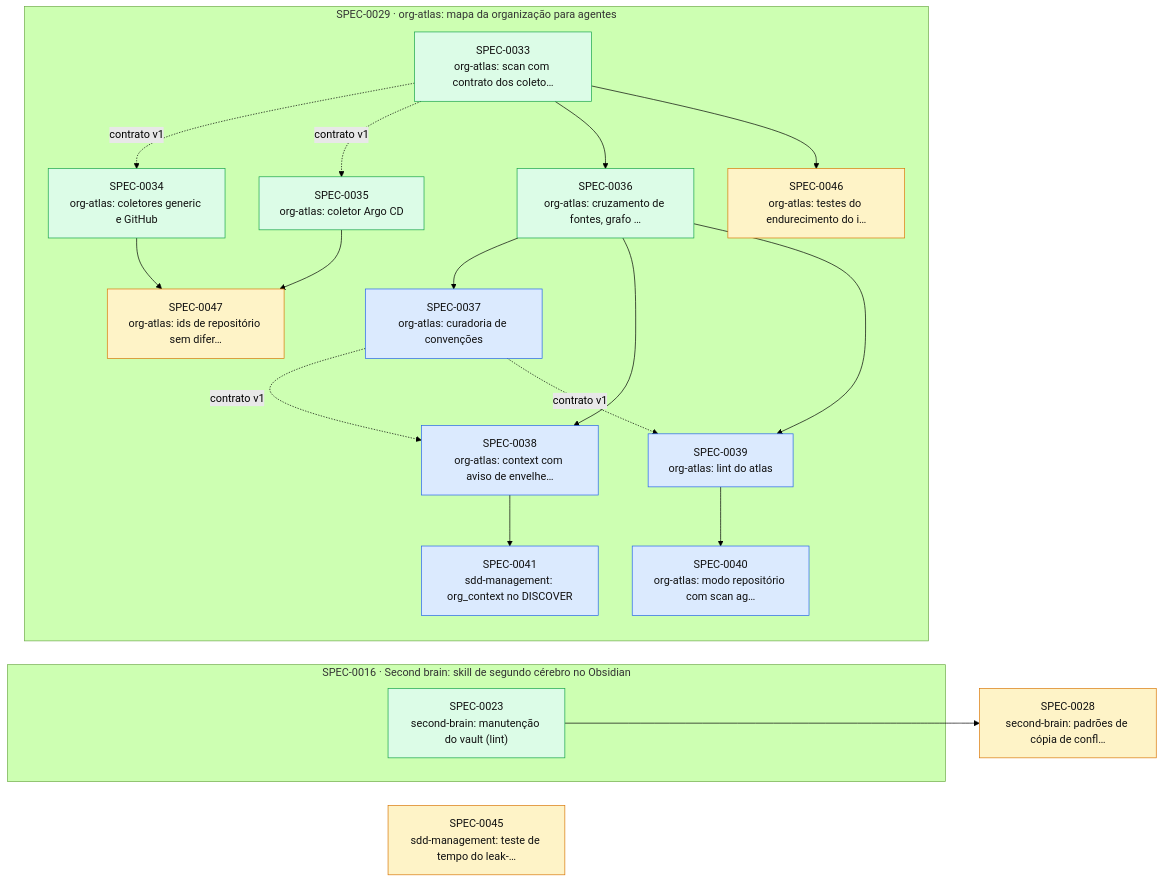
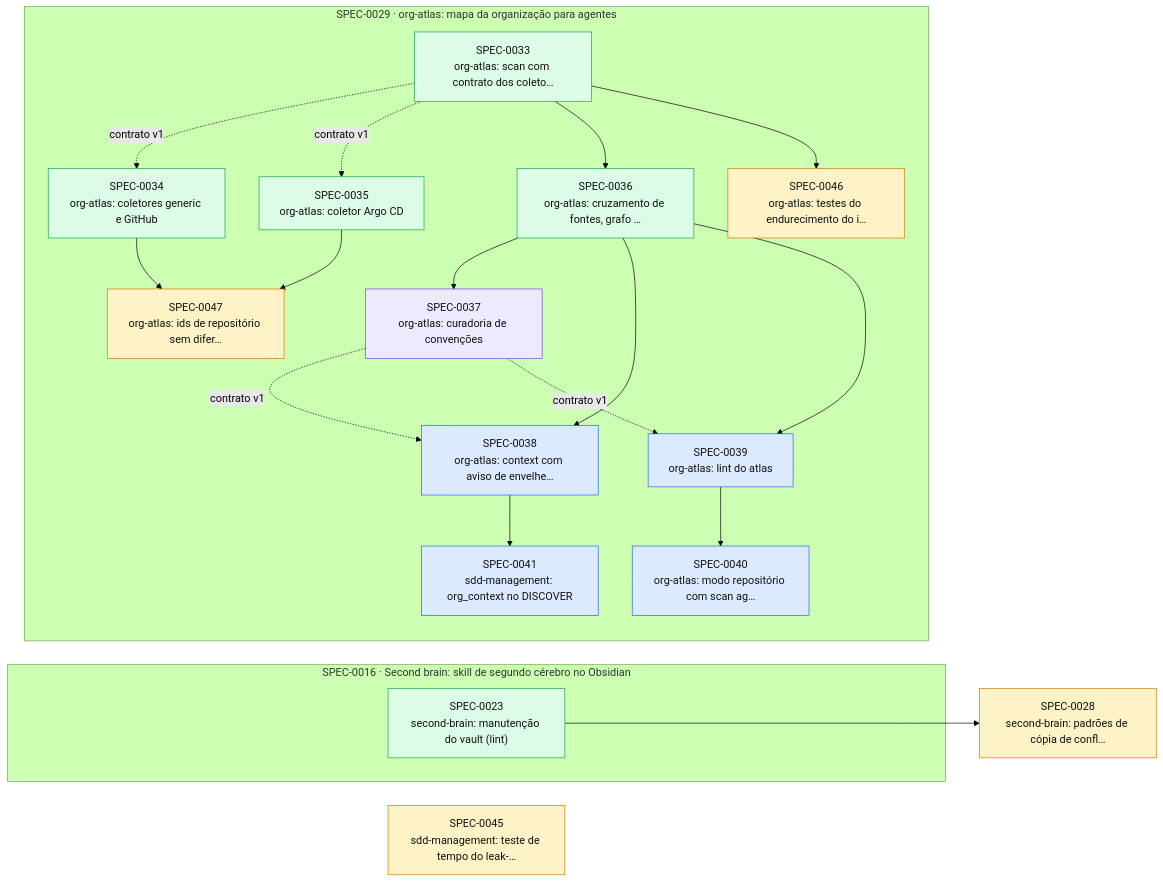
The diagram in docs/specs/INDEX.md (thomasravache/ai-dev-brain), drawn with Mermaid (forest theme) before and after one commit. The commit also changed other lines of this file and 1 other file, not shown here.

First line of the commit message:
docs(specs): SPEC-0037 em execução

````diff
--- a/docs/specs/INDEX.md
+++ b/docs/specs/INDEX.md
@@ -56,40 +56,40 @@
 ```mermaid
 flowchart LR
   S0028["SPEC-0028<br/>second-brain: padrões de cópia de confl…"]:::proposed
   S0045["SPEC-0045<br/>sdd-management: teste de tempo do leak-…"]:::proposed
   subgraph E0016["SPEC-0016 · Second brain: skill de segundo cérebro no Obsidian"]
     S0023["SPEC-0023<br/>second-brain: manutenção do vault (lint)"]:::implemented
   end
   subgraph E0029["SPEC-0029 · org-atlas: mapa da organização para agentes"]
     S0033["SPEC-0033<br/>org-atlas: scan com contrato dos coleto…"]:::implemented
     S0034["SPEC-0034<br/>org-atlas: coletores generic e GitHub"]:::implemented
     S0035["SPEC-0035<br/>org-atlas: coletor Argo CD"]:::implemented
     S0036["SPEC-0036<br/>org-atlas: cruzamento de fontes, grafo …"]:::implemented
-    S0037["SPEC-0037<br/>org-atlas: curadoria de convenções"]:::approved
+    S0037["SPEC-0037<br/>org-atlas: curadoria de convenções"]:::inprogress
     S0038["SPEC-0038<br/>org-atlas: context com aviso de envelhe…"]:::approved
     S0039["SPEC-0039<br/>org-atlas: lint do atlas"]:::approved
     S0040["SPEC-0040<br/>org-atlas: modo repositório com scan ag…"]:::approved
     S0041["SPEC-0041<br/>sdd-management: org_context no DISCOVER"]:::approved
     S0046["SPEC-0046<br/>org-atlas: testes do endurecimento do i…"]:::proposed
     S0047["SPEC-0047<br/>org-atlas: ids de repositório sem difer…"]:::proposed
   end
   S0023 --> S0028
   S0033 -. contrato v1 .-> S0034
   S0033 -. contrato v1 .-> S0035
   S0033 --> S0036
   S0036 --> S0037
   S0036 --> S0038
   S0037 -. contrato v1 .-> S0038
   S0036 --> S0039
   S0037 -. contrato v1 .-> S0039
   S0039 --> S0040
   S0038 --> S0041
   S0033 --> S0046
   S0034 --> S0047
   S0035 --> S0047
   classDef proposed fill:#fef3c7,stroke:#d97706,color:#111
   classDef approved fill:#dbeafe,stroke:#2563eb,color:#111
   classDef inprogress fill:#ede9fe,stroke:#7c3aed,color:#111
   classDef implemented fill:#dcfce7,stroke:#16a34a,color:#111
   classDef deprecated fill:#f3f4f6,stroke:#9ca3af,color:#6b7280
 ```
````
